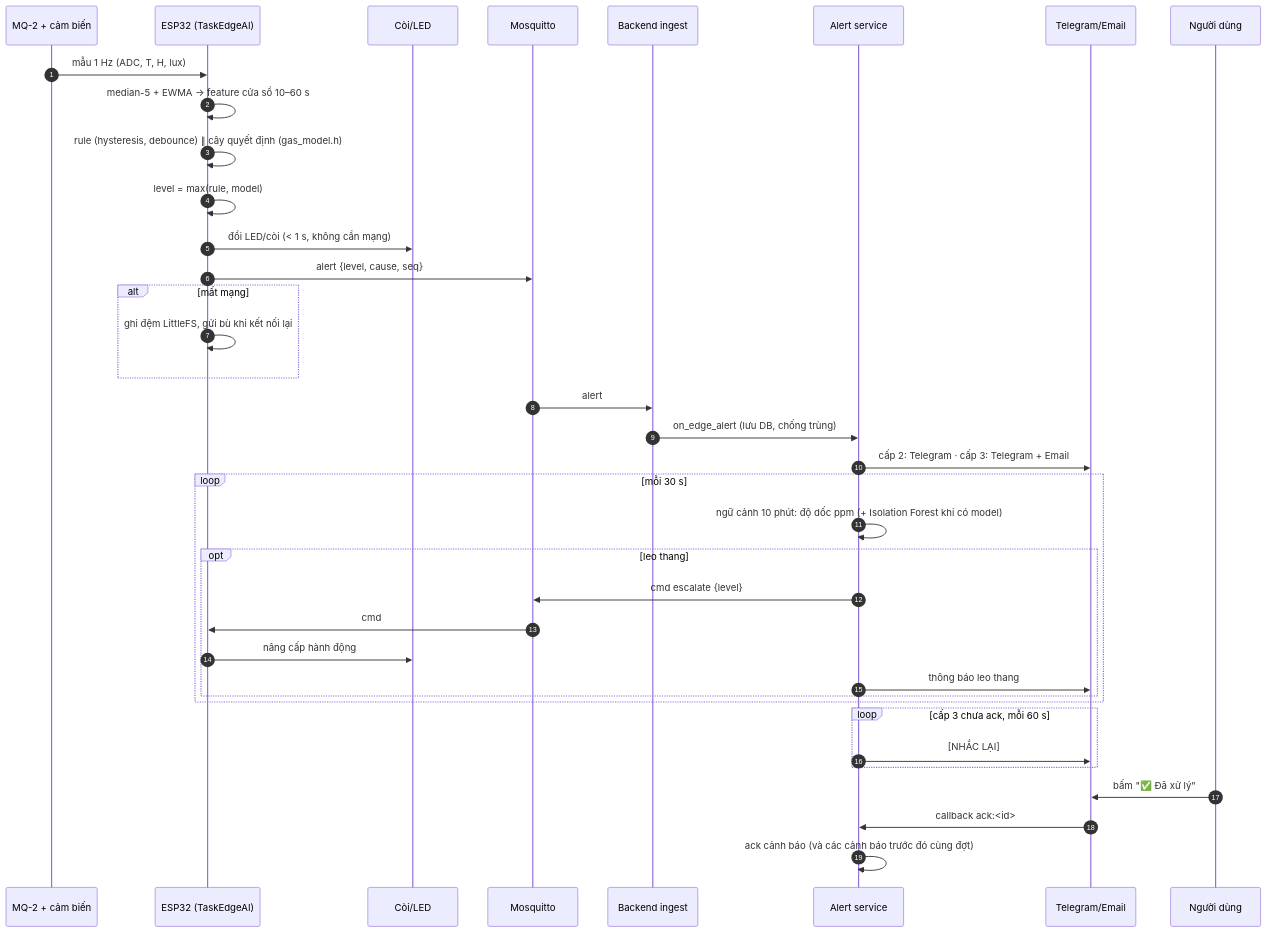
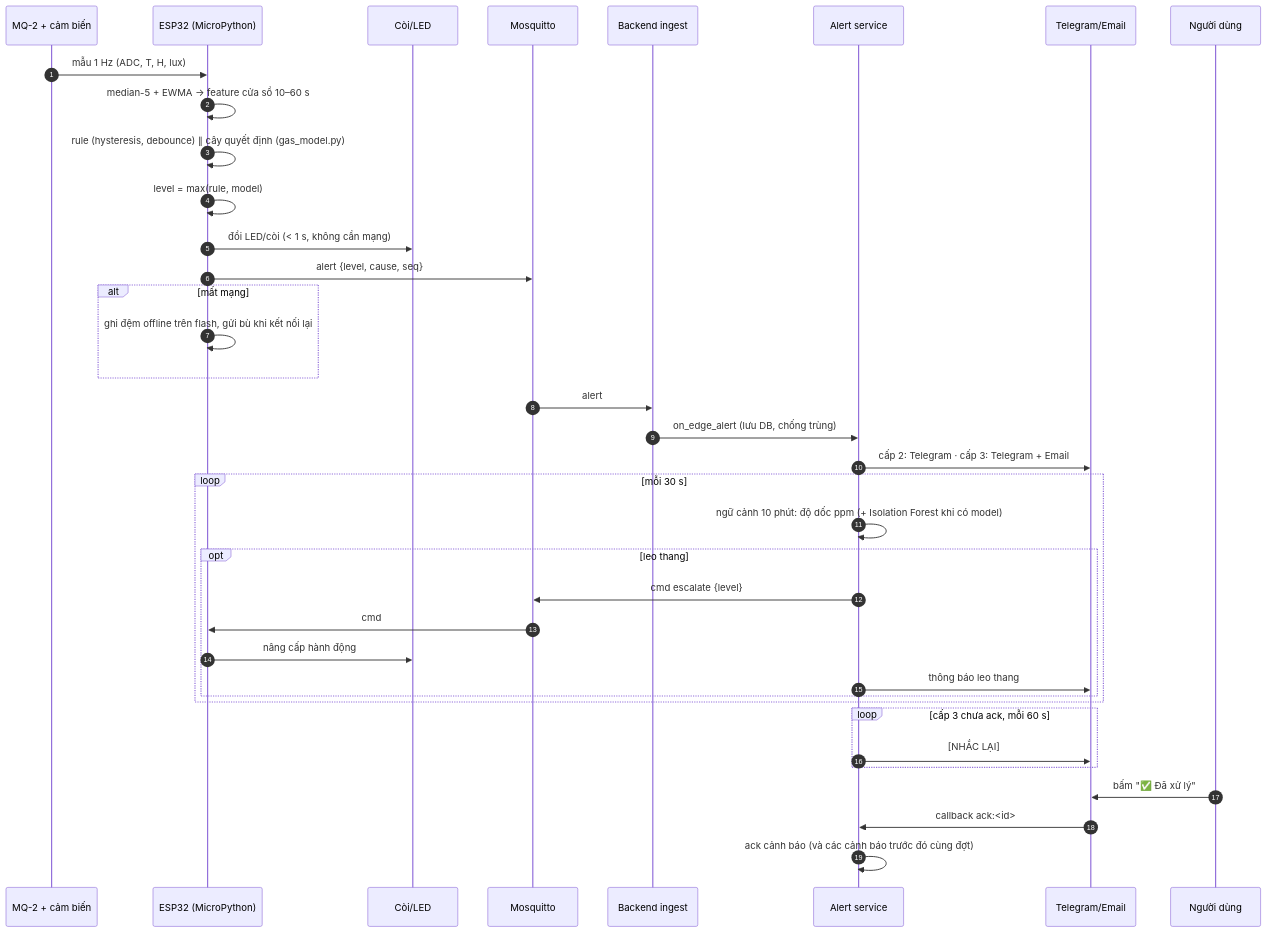
One commit to danhle396/pythonnhung changed the first of 3 diagrams in docs/architecture/sequences.md. Above: the diagram before and after it, drawn with Mermaid. The commit also changed other lines of this file and 110 other files, not shown here.

Commit message:
Chuyển toàn bộ dự án sang Python: firmware MicroPython, công cụ Python, sơ đồ IPO

````diff
--- a/docs/architecture/sequences.md
+++ b/docs/architecture/sequences.md
@@ -5,40 +5,40 @@
 ```mermaid
 sequenceDiagram
     autonumber
     participant S as MQ-2 + cảm biến
-    participant E as ESP32 (TaskEdgeAI)
+    participant E as ESP32 (MicroPython)
     participant A as Còi/LED
     participant B as Mosquitto
     participant I as Backend ingest
     participant AS as Alert service
     participant T as Telegram/Email
     participant U as Người dùng
 
     S->>E: mẫu 1 Hz (ADC, T, H, lux)
     E->>E: median-5 + EWMA → feature cửa sổ 10–60 s
-    E->>E: rule (hysteresis, debounce) ∥ cây quyết định (gas_model.h)
+    E->>E: rule (hysteresis, debounce) ∥ cây quyết định (gas_model.py)
     E->>E: level = max(rule, model)
     E->>A: đổi LED/còi (< 1 s, không cần mạng)
     E->>B: alert {level, cause, seq}
     alt mất mạng
-        E->>E: ghi đệm LittleFS, gửi bù khi kết nối lại
+        E->>E: ghi đệm offline trên flash, gửi bù khi kết nối lại
     end
     B->>I: alert
     I->>AS: on_edge_alert (lưu DB, chống trùng)
     AS->>T: cấp 2: Telegram · cấp 3: Telegram + Email
     loop mỗi 30 s
         AS->>AS: ngữ cảnh 10 phút: độ dốc ppm (+ Isolation Forest khi có model)
         opt leo thang
             AS->>B: cmd escalate {level}
             B->>E: cmd
             E->>A: nâng cấp hành động
             AS->>T: thông báo leo thang
         end
     end
     loop cấp 3 chưa ack, mỗi 60 s
         AS->>T: [NHẮC LẠI]
     end
     U->>T: bấm "✅ Đã xử lý"
     T->>AS: callback ack:<id>
     AS->>AS: ack cảnh báo (và các cảnh báo trước đó cùng đợt)
 ```
````
